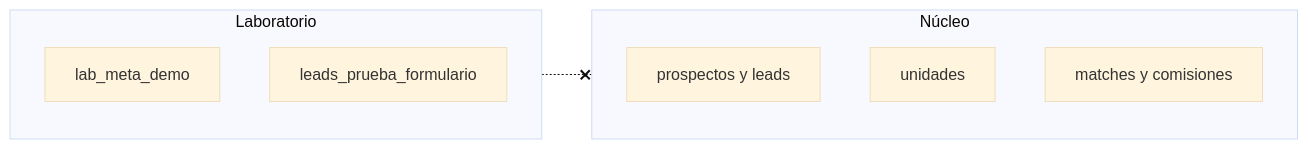
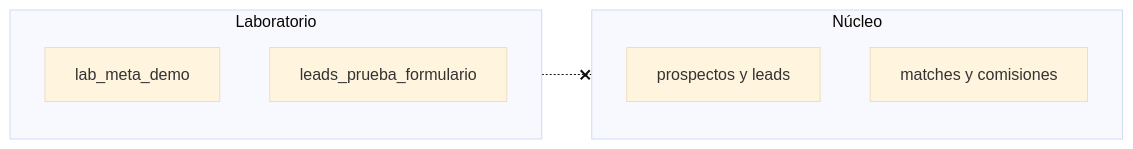
One commit to EstrategiaInmobiliaria/Tokenizer-extended changed diagram 12 of 13 in docs/palm-lab-practica/iso/PD-SGC-MAN-001.md. Above: the diagram before and after it, drawn with Mermaid (base theme). The commit also changed other lines of this file and 4 other files, not shown here.

````diff
--- a/docs/palm-lab-practica/iso/PD-SGC-MAN-001.md
+++ b/docs/palm-lab-practica/iso/PD-SGC-MAN-001.md
@@ -598,13 +551,12 @@
 ```mermaid
 flowchart LR
   subgraph LAB[Laboratorio]
     LM[lab_meta_demo]
     LP[leads_prueba_formulario]
   end
   subgraph PROD[Núcleo]
     PR[prospectos y leads]
-    INV[unidades]
     CRM[matches y comisiones]
   end
   LAB -.-x PROD
 ```
````
